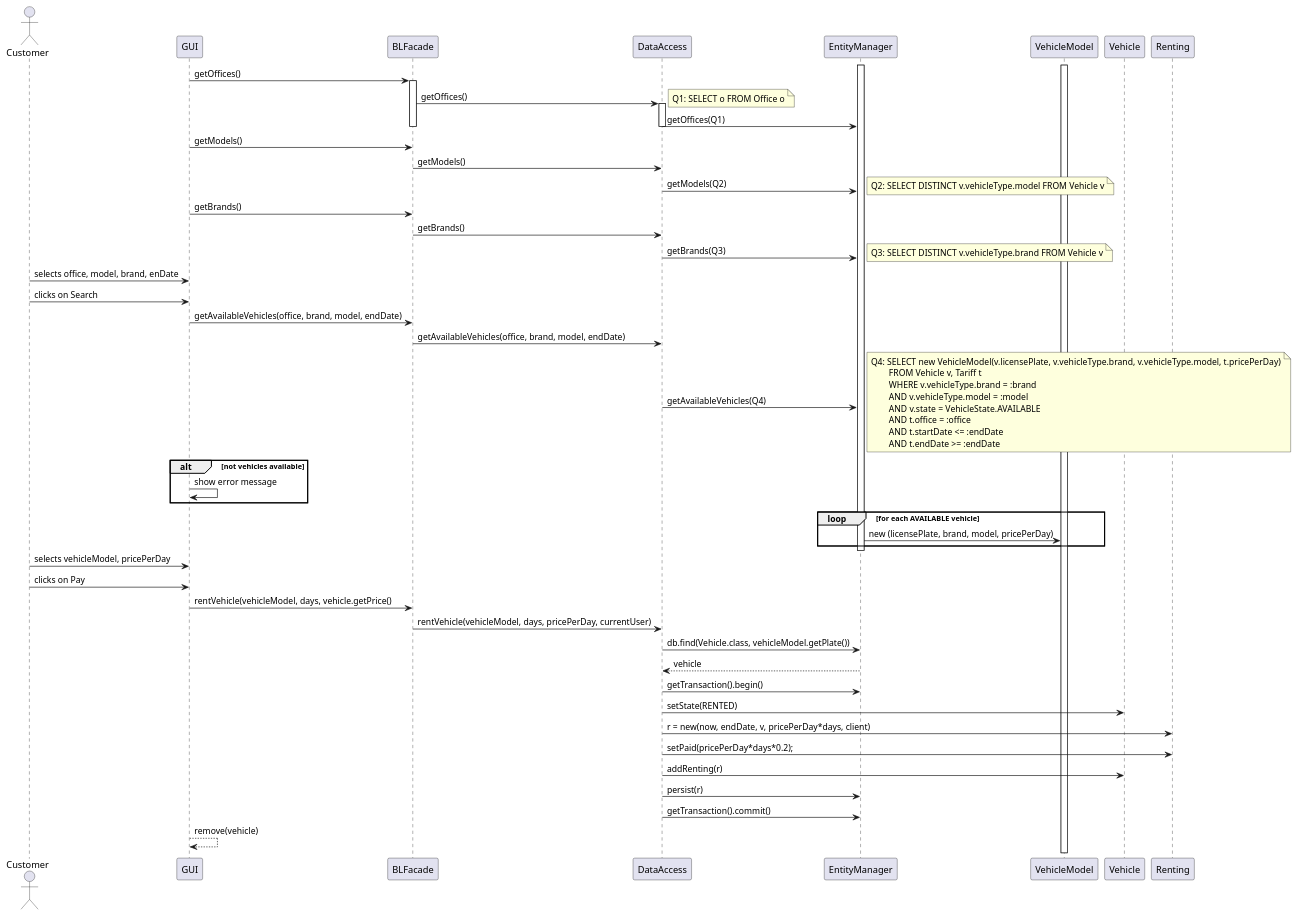
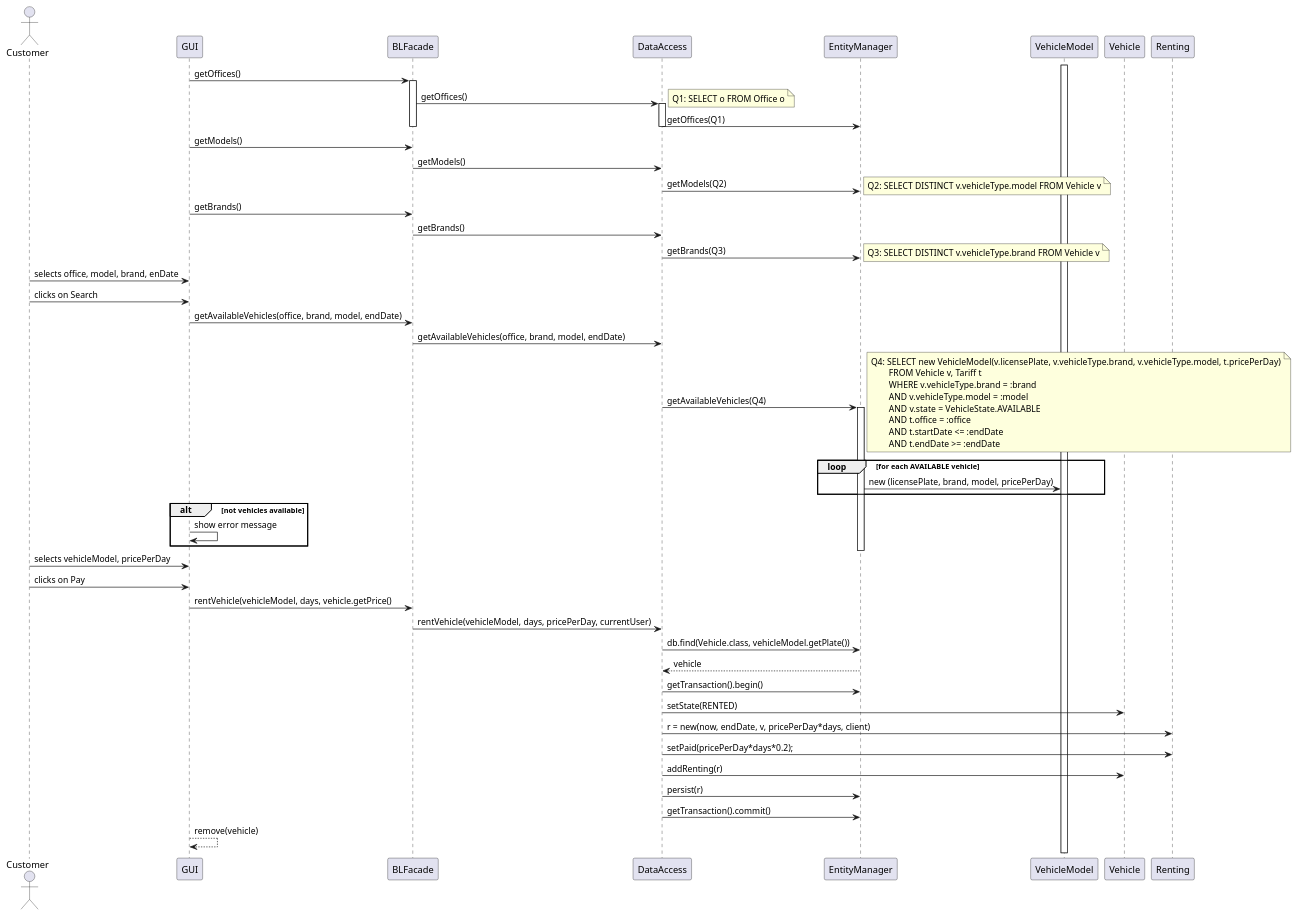
The diagram in doc/rentvehicle.plantuml (juananpe/karkrash), drawn with PlantUML before and after one commit.

Commit message:
Fix order of execution of the loop in the SD

```diff
--- a/doc/rentvehicle.plantuml
+++ b/doc/rentvehicle.plantuml
@@ -1,97 +1,98 @@
 @startuml
 
 actor Customer as "Customer"
 participant GUI
 participant "BLFacade" as BLFacade
 participant "DataAccess" as DataAccess
 participant "EntityManager" as EntityManager
 participant "VehicleModel" as VehicleModel
 
 GUI -> BLFacade : getOffices()
 activate BLFacade
 BLFacade -> DataAccess : getOffices()
   note right
     Q1: SELECT o FROM Office o
   end note
 activate DataAccess
 DataAccess -> EntityManager : getOffices(Q1)
 deactivate DataAccess
 deactivate BLFacade
 
 
 GUI -> BLFacade : getModels()
 BLFacade -> DataAccess : getModels()
 DataAccess -> EntityManager : getModels(Q2)
   note right
     Q2: SELECT DISTINCT v.vehicleType.model FROM Vehicle v
   end note
 
 
 GUI -> BLFacade : getBrands()
 BLFacade -> DataAccess : getBrands()
 DataAccess -> EntityManager : getBrands(Q3)
   note right
     Q3: SELECT DISTINCT v.vehicleType.brand FROM Vehicle v
   end note
 
 Customer -> GUI : selects office, model, brand, enDate
 Customer -> GUI: clicks on Search
 GUI -> BLFacade : getAvailableVehicles(office, brand, model, endDate)
 BLFacade -> DataAccess : getAvailableVehicles(office, brand, model, endDate)
 
 'alt brand and model not empty
 
     DataAccess -> EntityManager : getAvailableVehicles(Q4)
 
 'else
 
  '   DataAccess -> EntityManager : getAvailableVehicles(Q5)
 'end
 
 note right
     Q4: SELECT new VehicleModel(v.licensePlate, v.vehicleType.brand, v.vehicleType.model, t.pricePerDay)
             FROM Vehicle v, Tariff t
             WHERE v.vehicleType.brand = :brand
             AND v.vehicleType.model = :model
             AND v.state = VehicleState.AVAILABLE
             AND t.office = :office
             AND t.startDate <= :endDate
             AND t.endDate >= :endDate
 end note
 
+activate EntityManager
+loop for each AVAILABLE vehicle
+EntityManager -> VehicleModel: new (licensePlate, brand, model, pricePerDay)
+end loop
 
 alt not vehicles available
  GUI -> GUI: show error message
 
 end
 
-activate EntityManager
-loop for each AVAILABLE vehicle
-EntityManager -> VehicleModel: new (licensePlate, brand, model, pricePerDay)
-end loop
+
 activate VehicleModel
 deactivate EntityManager
 
 Customer -> GUI: selects vehicleModel, pricePerDay
 Customer -> GUI: clicks on Pay
 GUI -> BLFacade: rentVehicle(vehicleModel, days, vehicle.getPrice()
 BLFacade -> DataAccess: rentVehicle(vehicleModel, days, pricePerDay, currentUser)
 DataAccess -> EntityManager: db.find(Vehicle.class, vehicleModel.getPlate())
 EntityManager --> DataAccess: vehicle
 
 DataAccess -> EntityManager: getTransaction().begin()
 DataAccess -> Vehicle: setState(RENTED)
 DataAccess -> Renting: r = new(now, endDate, v, pricePerDay*days, client)
 DataAccess -> Renting: setPaid(pricePerDay*days*0.2);
 DataAccess -> Vehicle: addRenting(r)
 
 
 DataAccess -> EntityManager: persist(r)
 ' DataAccess -> EntityManager: persist(v)  (Not Needed)
 DataAccess -> EntityManager: getTransaction().commit()
 
 
 
 GUI --> GUI: remove(vehicle)
 
 @enduml
```
